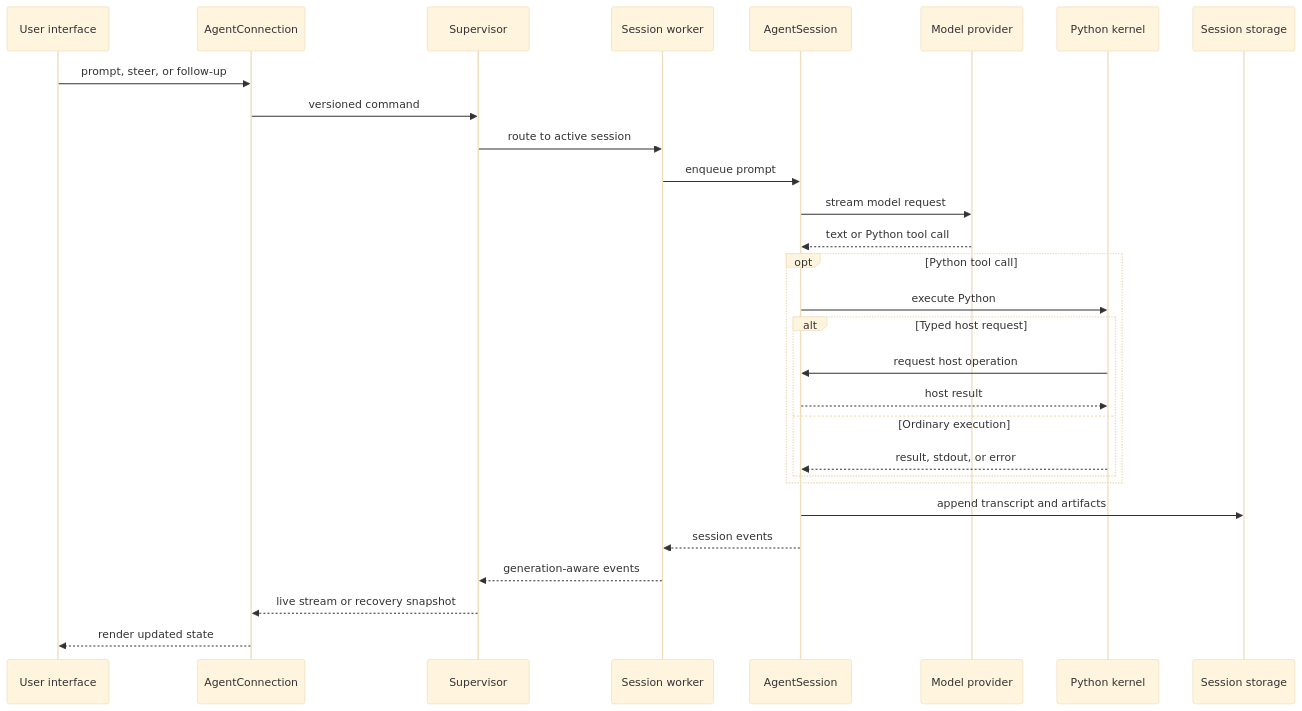
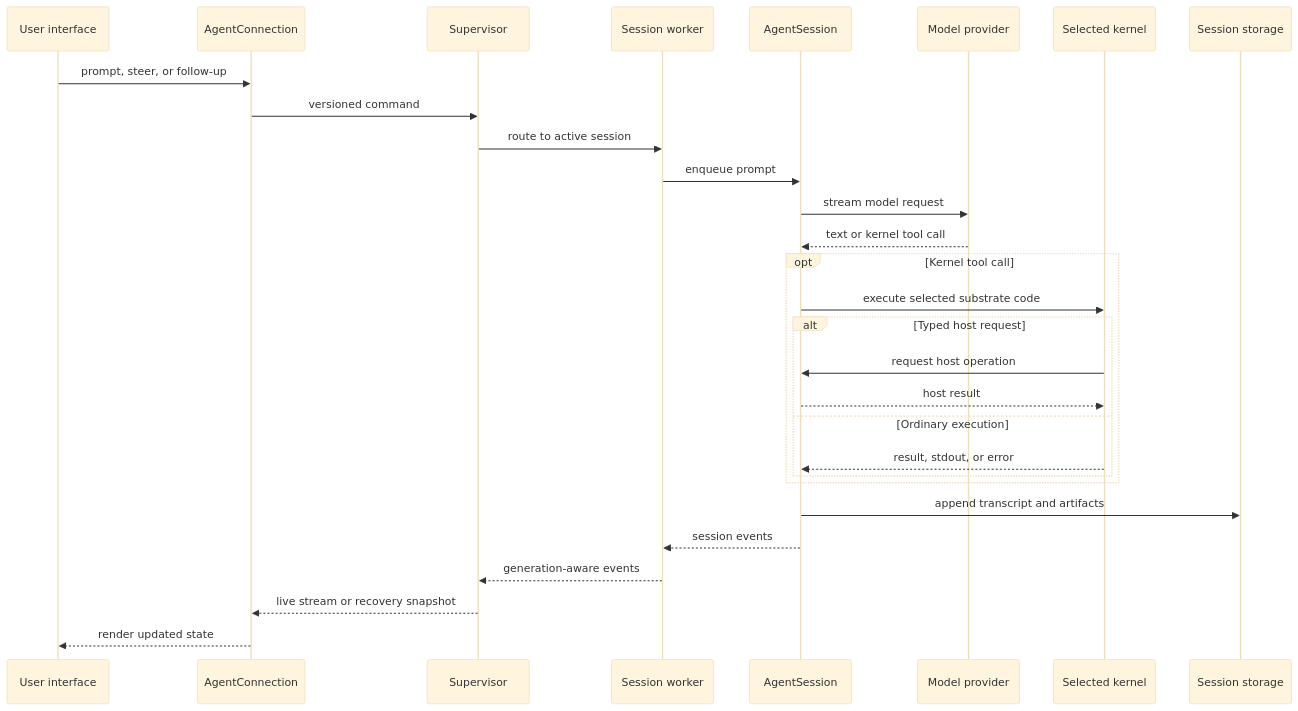
The second of 2 diagrams in packages/coding-agent/docs/architecture.md (Orcein-Labs/Cyan), drawn with Mermaid (base theme) before and after one commit. The commit also changed other lines of this file and 74 other files, not shown here.

````diff
--- a/packages/coding-agent/docs/architecture.md
+++ b/packages/coding-agent/docs/architecture.md
@@ -53,32 +53,32 @@
 ```mermaid
 sequenceDiagram
     participant U as User interface
     participant C as AgentConnection
     participant S as Supervisor
     participant W as Session worker
     participant A as AgentSession
     participant P as Model provider
-    participant K as Python kernel
+    participant K as Selected kernel
     participant D as Session storage
 
     U->>C: prompt, steer, or follow-up
     C->>S: versioned command
     S->>W: route to active session
     W->>A: enqueue prompt
     A->>P: stream model request
-    P-->>A: text or Python tool call
-    opt Python tool call
-        A->>K: execute Python
+    P-->>A: text or kernel tool call
+    opt Kernel tool call
+        A->>K: execute selected substrate code
         alt Typed host request
             K->>A: request host operation
             A-->>K: host result
         else Ordinary execution
             K-->>A: result, stdout, or error
         end
     end
     A->>D: append transcript and artifacts
     A-->>W: session events
     W-->>S: generation-aware events
     S-->>C: live stream or recovery snapshot
     C-->>U: render updated state
 ```
````
